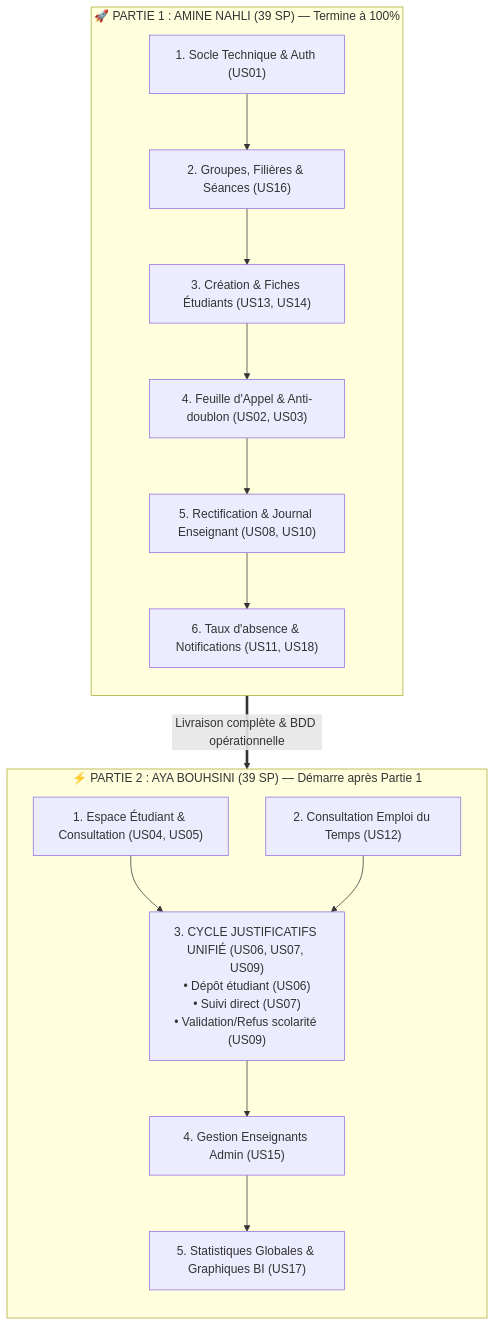
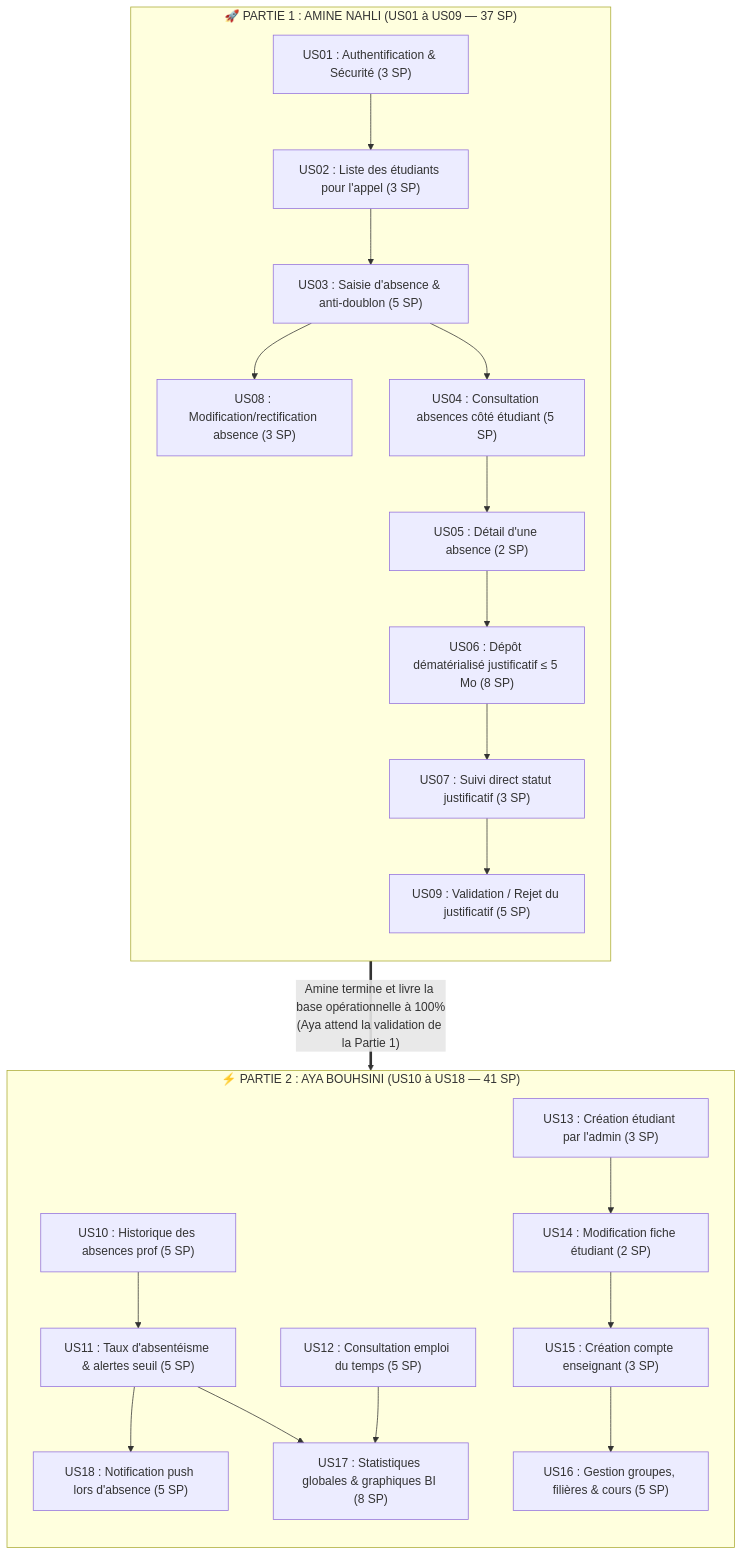
Before and after one commit to Amine-NAHLI/absence-app: the diagram in docs/REPARTITION_SEQUENTIELLE.md, drawn with Mermaid. The commit also changed other lines of this file and 4 other files, not shown here.

Commit message:
docs: strict sequential split US01-US09 for Amine (37 SP) then US10-US18 for Aya (41 SP)

````diff
--- a/docs/REPARTITION_SEQUENTIELLE.md
+++ b/docs/REPARTITION_SEQUENTIELLE.md
@@ -30,27 +26,38 @@
 ```mermaid
 flowchart TD
-    subgraph PHASE1["🚀 PARTIE 1 : AMINE NAHLI (39 SP) — Termine à 100%"]
+    subgraph PHASE1["🚀 PARTIE 1 : AMINE NAHLI (US01 à US09 — 37 SP)"]
         direction TB
-        P1_A["1. Socle Technique & Auth (US01)"] --> P1_B["2. Groupes, Filières & Séances (US16)"]
-        P1_B --> P1_C["3. Création & Fiches Étudiants (US13, US14)"]
-        P1_C --> P1_D["4. Feuille d'Appel & Anti-doublon (US02, US03)"]
-        P1_D --> P1_E["5. Rectification & Journal Enseignant (US08, US10)"]
-        P1_E --> P1_F["6. Taux d'absence & Notifications (US11, US18)"]
+        A1["US01 : Authentification & Sécurité (3 SP)"]
+        A2["US02 : Liste des étudiants pour l'appel (3 SP)"]
+        A3["US03 : Saisie d'absence & anti-doublon (5 SP)"]
+        A4["US04 : Consultation absences côté étudiant (5 SP)"]
+        A5["US05 : Détail d'une absence (2 SP)"]
+        A6["US06 : Dépôt dématérialisé justificatif ≤ 5 Mo (8 SP)"]
+        A7["US07 : Suivi direct statut justificatif (3 SP)"]
+        A8["US08 : Modification/rectification absence (3 SP)"]
+        A9["US09 : Validation / Rejet du justificatif (5 SP)"]
+
+        A1 --> A2 --> A3 --> A8
+        A3 --> A4 --> A5 --> A6 --> A7 --> A9
     end
 
-    PHASE1 ==>|"Livraison complète & BDD opérationnelle"| PHASE2
+    PHASE1 ==>|"Amine termine et livre la base opérationnelle à 100%<br/>(Aya attend la validation de la Partie 1)"| PHASE2
 
-    subgraph PHASE2["⚡ PARTIE 2 : AYA BOUHSINI (39 SP) — Démarre après Partie 1"]
+    subgraph PHASE2["⚡ PARTIE 2 : AYA BOUHSINI (US10 à US18 — 41 SP)"]
         direction TB
-        P2_A["1. Espace Étudiant & Consultation (US04, US05)"]
-        P2_B["2. Consultation Emploi du Temps (US12)"]
-        P2_C["3. CYCLE JUSTIFICATIFS UNIFIÉ (US06, US07, US09)<br/>• Dépôt étudiant (US06)<br/>• Suivi direct (US07)<br/>• Validation/Refus scolarité (US09)"]
-        P2_D["4. Gestion Enseignants Admin (US15)"]
-        P2_E["5. Statistiques Globales & Graphiques BI (US17)"]
+        B1["US10 : Historique des absences prof (5 SP)"]
+        B2["US11 : Taux d'absentéisme & alertes seuil (5 SP)"]
+        B3["US12 : Consultation emploi du temps (5 SP)"]
+        B4["US13 : Création étudiant par l'admin (3 SP)"]
+        B5["US14 : Modification fiche étudiant (2 SP)"]
+        B6["US15 : Création compte enseignant (3 SP)"]
+        B7["US16 : Gestion groupes, filières & cours (5 SP)"]
+        B8["US17 : Statistiques globales & graphiques BI (8 SP)"]
+        B9["US18 : Notification push lors d'absence (5 SP)"]
 
-        P2_A --> P2_C
-        P2_B --> P2_C
-        P2_C --> P2_D
-        P2_D --> P2_E
+        B1 --> B2 --> B8
+        B3 --> B8
+        B4 --> B5 --> B6 --> B7
+        B2 --> B9
     end
 ```
````
